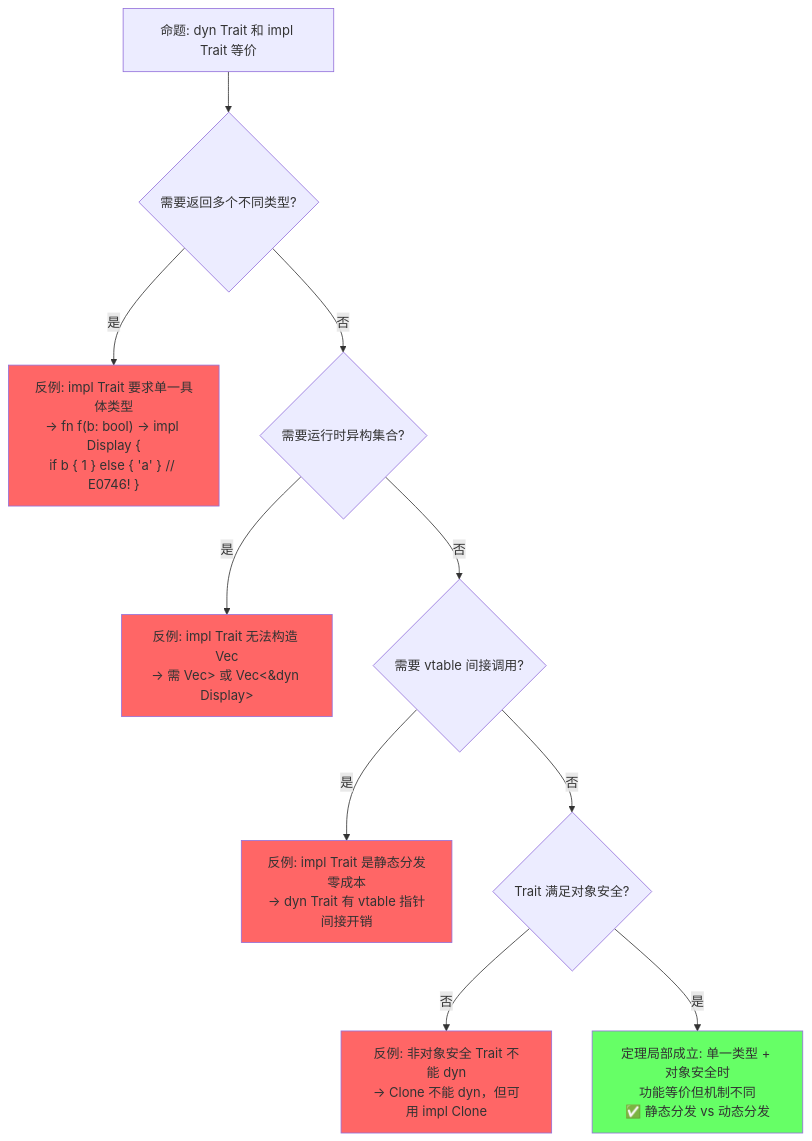
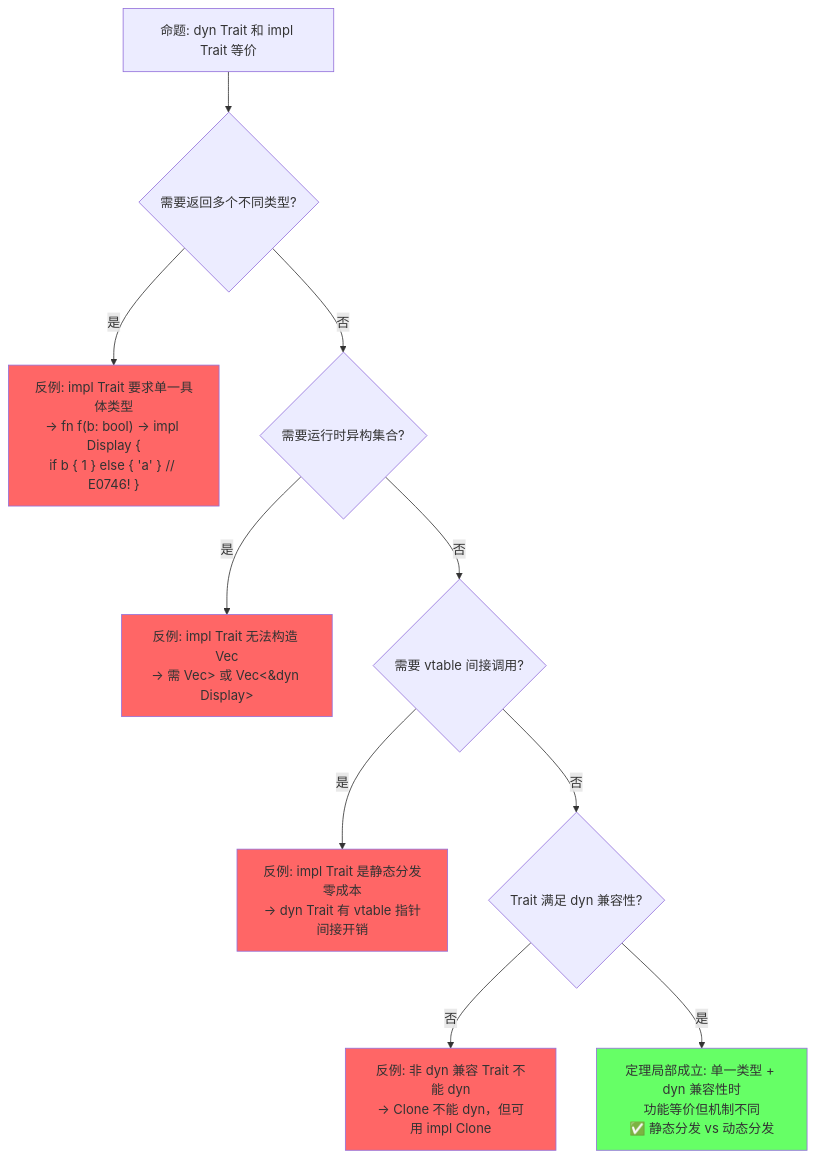
Before and after one commit to martin-ly/rust-lang: the fifth of 6 diagrams in concept/02_intermediate/00_traits/01_traits.md, drawn with Mermaid. The commit also changed other lines of this file and 113 other files, not shown here.

````diff
--- a/concept/02_intermediate/00_traits/01_traits.md
+++ b/concept/02_intermediate/00_traits/01_traits.md
@@ -1379,18 +1439,18 @@
 ```mermaid
 graph TD
     P["命题: dyn Trait 和 impl Trait 等价"] --> Q1{"需要返回多个不同类型?"}
     Q1 -->|是| F1["反例: impl Trait 要求单一具体类型<br/>→ fn f(b: bool) -> impl Display {<br/>if b { 1 } else { 'a' } // E0746! }"]
     Q1 -->|否| Q2{"需要运行时异构集合?"}
     Q2 -->|是| F2["反例: impl Trait 无法构造 Vec<impl Display><br/>→ 需 Vec<Box<dyn Display>> 或 Vec<&dyn Display>"]
     Q2 -->|否| Q3{"需要 vtable 间接调用?"}
     Q3 -->|是| F3["反例: impl Trait 是静态分发零成本<br/>→ dyn Trait 有 vtable 指针间接开销"]
-    Q3 -->|否| Q4{"Trait 满足对象安全?"}
-    Q4 -->|否| F4["反例: 非对象安全 Trait 不能 dyn<br/>→ Clone 不能 dyn，但可用 impl Clone"]
-    Q4 -->|是| T1["定理局部成立: 单一类型 + 对象安全时<br/>功能等价但机制不同<br/>✅ 静态分发 vs 动态分发"]
+    Q3 -->|否| Q4{"Trait 满足 dyn 兼容性?"}
+    Q4 -->|否| F4["反例: 非 dyn 兼容 Trait 不能 dyn<br/>→ Clone 不能 dyn，但可用 impl Clone"]
+    Q4 -->|是| T1["定理局部成立: 单一类型 + dyn 兼容性时<br/>功能等价但机制不同<br/>✅ 静态分发 vs 动态分发"]
 
     style F1 fill:#f66
     style F2 fill:#f66
     style F3 fill:#f66
     style F4 fill:#f66
     style T1 fill:#6f6
 ```
````
